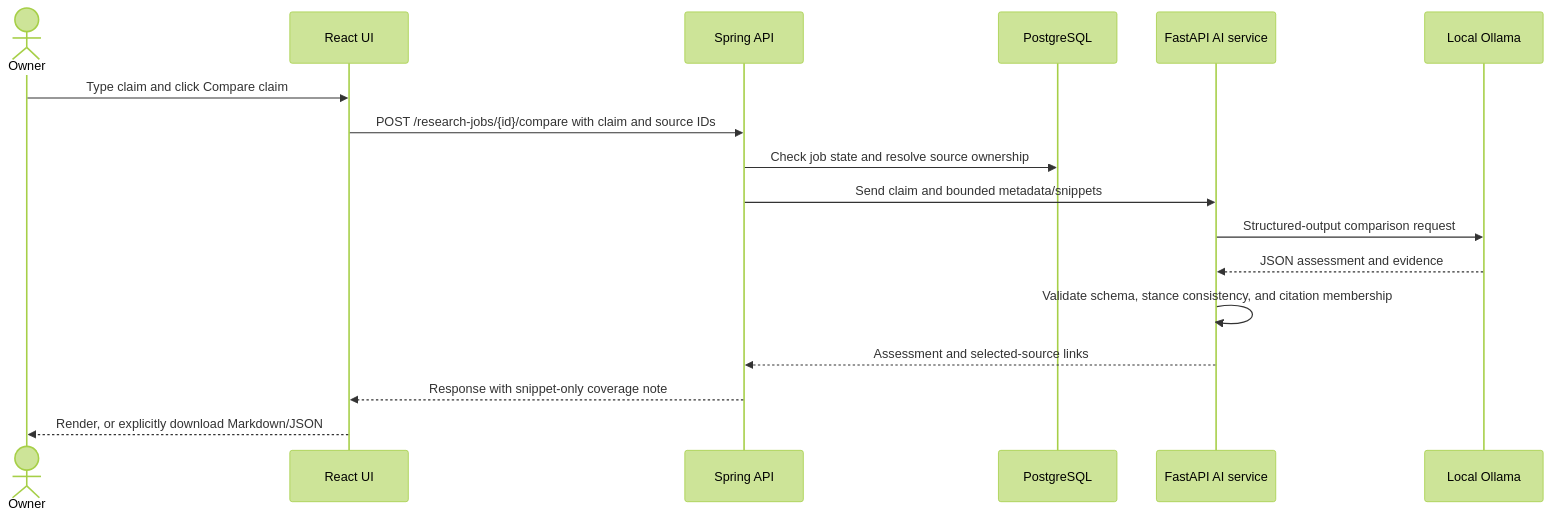
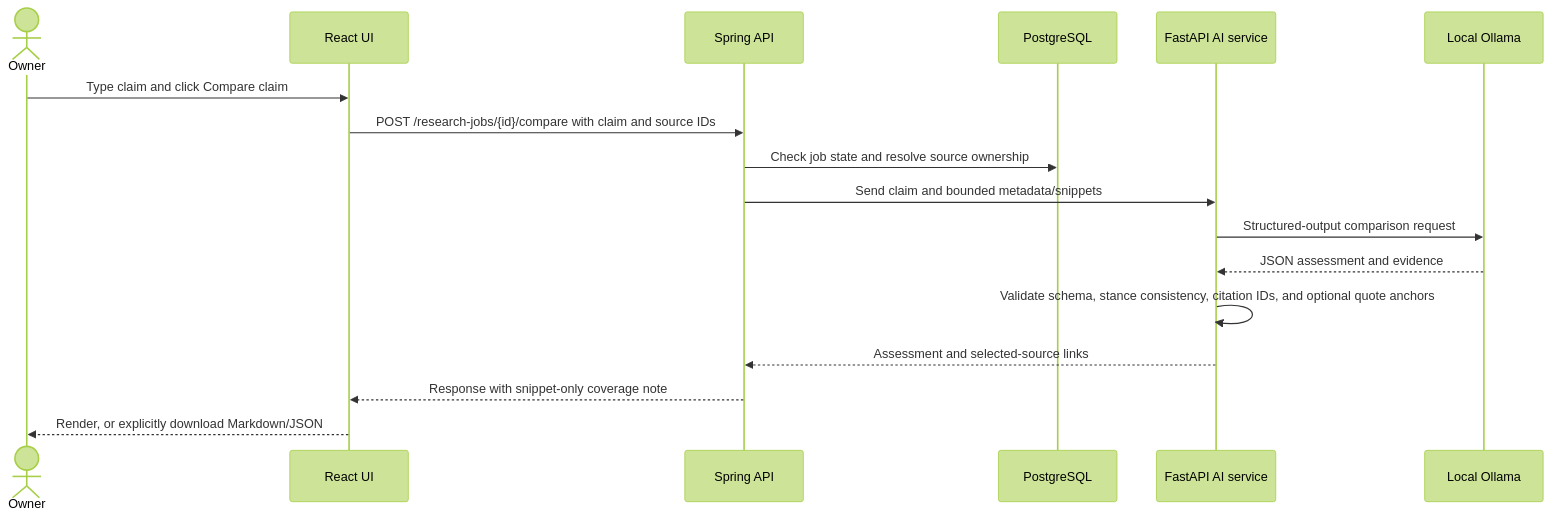
One commit to kavinash0310/aura-ai changed the diagram in docs/05-backend/CLAIM-COMPARISON.md. Above: the diagram before and after it, drawn with Mermaid (forest theme). The commit also changed other lines of this file and 8 other files, not shown here.

Commit message:
Add snippet quote anchors to claim comparisons

```diff
--- a/docs/05-backend/CLAIM-COMPARISON.md
+++ b/docs/05-backend/CLAIM-COMPARISON.md
@@ -9,19 +9,19 @@
 ~~~mermaid
 sequenceDiagram
   actor Owner
   participant UI as React UI
   participant API as Spring API
   participant DB as PostgreSQL
   participant AI as FastAPI AI service
   participant Ollama as Local Ollama
   Owner->>UI: Type claim and click Compare claim
   UI->>API: POST /research-jobs/{id}/compare with claim and source IDs
   API->>DB: Check job state and resolve source ownership
   API->>AI: Send claim and bounded metadata/snippets
   AI->>Ollama: Structured-output comparison request
   Ollama-->>AI: JSON assessment and evidence
-  AI->>AI: Validate schema, stance consistency, and citation membership
+  AI->>AI: Validate schema, stance consistency, citation IDs, and optional quote anchors
   AI-->>API: Assessment and selected-source links
   API-->>UI: Response with snippet-only coverage note
   UI-->>Owner: Render, or explicitly download Markdown/JSON
 ~~~
```
